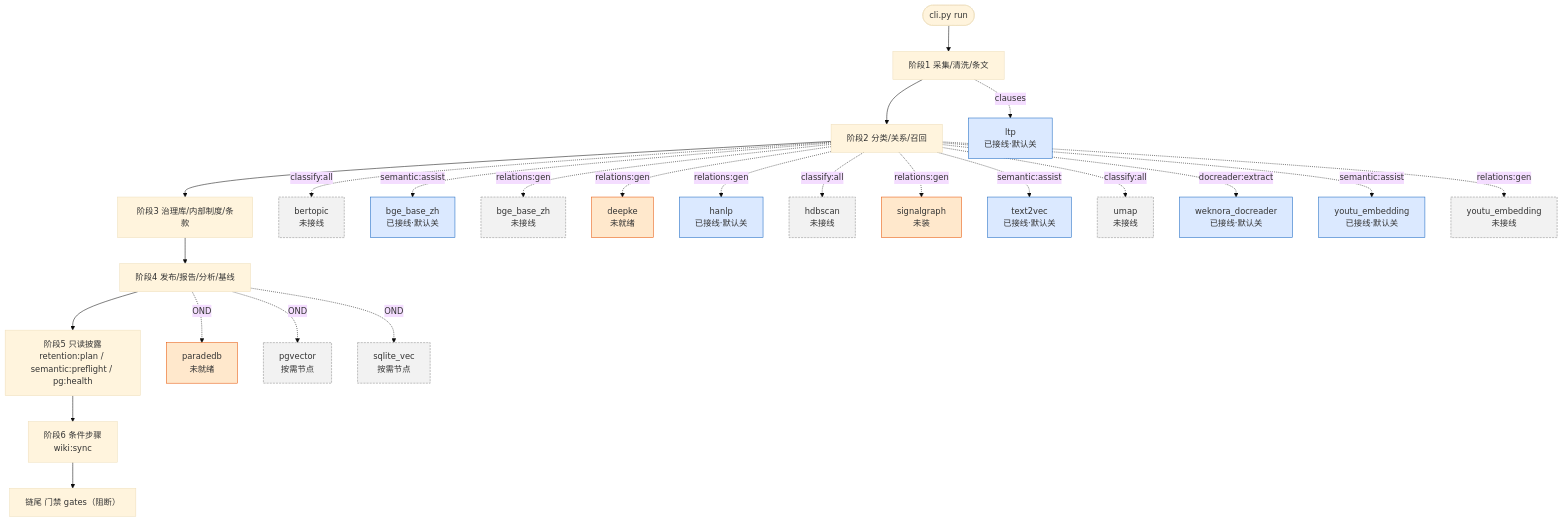
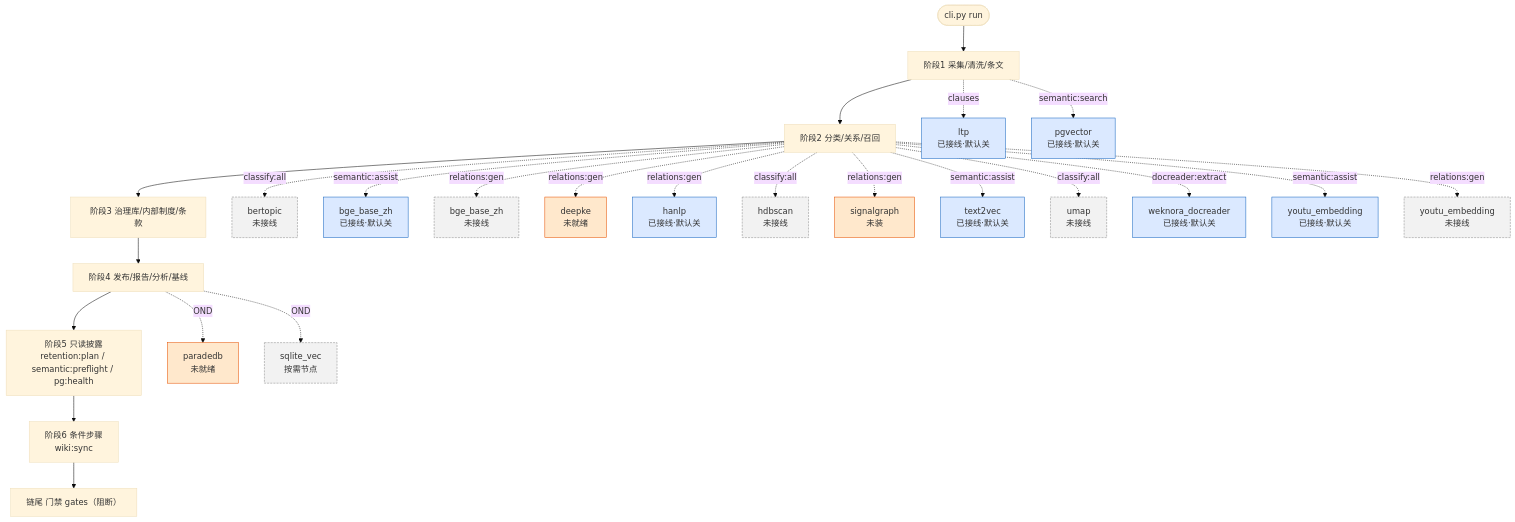
One commit to wangtierui/orchestrator changed the fourth of 4 diagrams in README.md. Above: the diagram before and after it, drawn with Mermaid (base theme). The commit also changed other lines of this file and 41 other files, not shown here.

````diff
--- a/README.md
+++ b/README.md
@@ -544,37 +558,37 @@
 ```mermaid
 flowchart TD
   S(["cli.py run"]) --> A["阶段1 采集/清洗/条文"]
   A --> B["阶段2 分类/关系/召回"]
   B --> C["阶段3 治理库/内部制度/条款"]
   C --> D["阶段4 发布/报告/分析/基线"]
   D --> E["阶段5 只读披露<br/>retention:plan / semantic:preflight / pg:health"]
   E --> F["阶段6 条件步骤<br/>wiki:sync"]
   F --> G["链尾 门禁 gates（阻断）"]
 
   B -.->|"classify:all"| M_bertopic["bertopic<br/>未接线"]
   B -.->|"semantic:assist"| M_bge_base_zh["bge_base_zh<br/>已接线·默认关"]
   B -.->|"relations:gen"| M_bge_base_zh_relations["bge_base_zh<br/>未接线"]
   B -.->|"relations:gen"| M_deepke["deepke<br/>未就绪"]
   B -.->|"relations:gen"| M_hanlp["hanlp<br/>已接线·默认关"]
   B -.->|"classify:all"| M_hdbscan["hdbscan<br/>未接线"]
   A -.->|"clauses"| M_ltp["ltp<br/>已接线·默认关"]
   D -.->|"OND"| M_paradedb["paradedb<br/>未就绪"]
-  D -.->|"OND"| M_pgvector["pgvector<br/>按需节点"]
+  A -.->|"semantic:search"| M_pgvector["pgvector<br/>已接线·默认关"]
   B -.->|"relations:gen"| M_signalgraph["signalgraph<br/>未装"]
   D -.->|"OND"| M_sqlite_vec["sqlite_vec<br/>按需节点"]
   B -.->|"semantic:assist"| M_text2vec["text2vec<br/>已接线·默认关"]
   B -.->|"classify:all"| M_umap["umap<br/>未接线"]
   B -.->|"docreader:extract"| M_weknora_docreader["weknora_docreader<br/>已接线·默认关"]
   B -.->|"semantic:assist"| M_youtu_embedding["youtu_embedding<br/>已接线·默认关"]
   B -.->|"relations:gen"| M_youtu_embedding_relations["youtu_embedding<br/>未接线"]
 
   classDef on fill:#d7f2df,stroke:#2e7d32,stroke-width:1px
   classDef gated fill:#dbe9ff,stroke:#1565c0,stroke-width:1px
   classDef off fill:#f2f2f2,stroke:#8a8a8a,stroke-dasharray:4 2
   classDef notready fill:#ffe8cc,stroke:#e65100,stroke-width:1px
-  class M_bge_base_zh,M_hanlp,M_ltp,M_text2vec,M_weknora_docreader,M_youtu_embedding gated
+  class M_bge_base_zh,M_hanlp,M_ltp,M_pgvector,M_text2vec,M_weknora_docreader,M_youtu_embedding gated
   class M_bertopic,M_bge_base_zh_relations,M_hdbscan,M_umap,M_youtu_embedding_relations off
-  class M_pgvector,M_sqlite_vec off
+  class M_sqlite_vec off
   class M_deepke,M_paradedb notready
   class M_signalgraph notready
 ```
````
